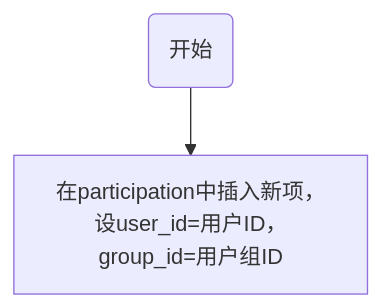
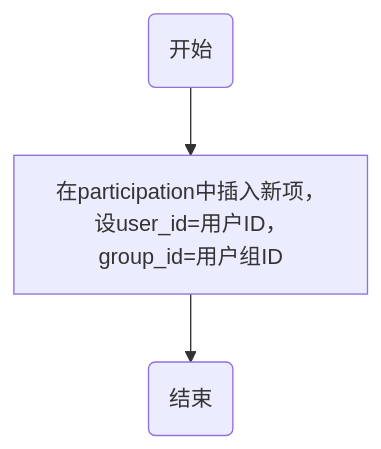
One commit to Yhonbin/ShareCloud changed the eighth of 9 diagrams in doc/需求分析.md. Above: the diagram before and after it, drawn with Mermaid. The commit also changed other lines of this file, not shown here.

````diff
--- a/doc/需求分析.md
+++ b/doc/需求分析.md
@@ -424,4 +424,4 @@
-```mermaid
-graph TD
-S("开始")-->A["在participation中插入新项，设user_id=用户ID，group_id=用户组ID"]
-```
+   ```mermaid
+    graph TD
+    S("开始")-->A["在participation中插入新项，设user_id=用户ID，group_id=用户组ID"]-->E("结束")
+   ```
````
